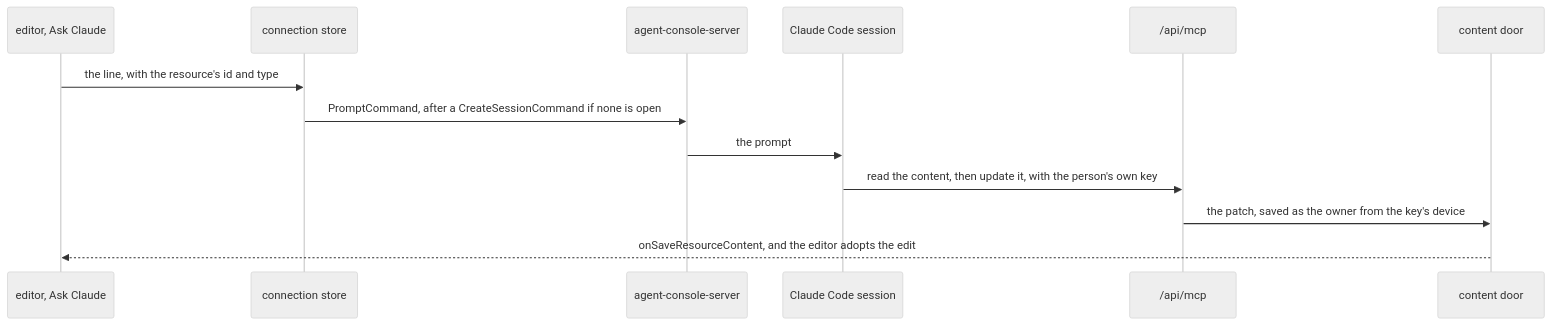
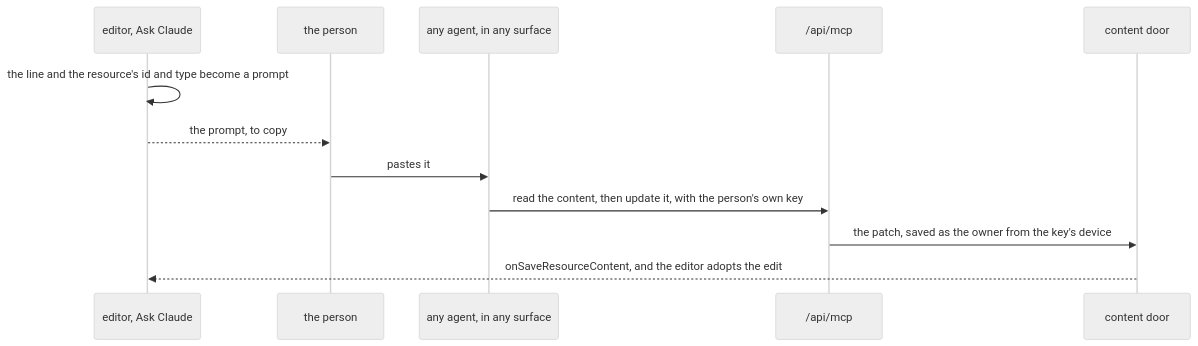
The diagram in openspec/specs/architecture/ai-native-resources/in-product-assistant/design.md (Esposter/Esposter), drawn with Mermaid (neutral theme) before and after one commit. The commit also changed other lines of this file and 245 other files, not shown here.

First line of the commit message:
docs: the agent console's specs, ideas and references removed, with a rejected record and the sidecar and Genshin style deferred

````diff
--- a/openspec/specs/architecture/ai-native-resources/in-product-assistant/design.md
+++ b/openspec/specs/architecture/ai-native-resources/in-product-assistant/design.md
@@ -9,15 +9,14 @@
 ```mermaid
 sequenceDiagram
   participant E as editor, Ask Claude
-  participant C as connection store
-  participant H as agent-console-server
-  participant S as Claude Code session
+  participant P as the person
+  participant A as any agent, in any surface
   participant M as /api/mcp
   participant D as content door
-  E->>C: the line, with the resource's id and type
-  C->>H: PromptCommand, after a CreateSessionCommand if none is open
-  H->>S: the prompt
-  S->>M: read the content, then update it, with the person's own key
+  E->>E: the line and the resource's id and type become a prompt
+  E-->>P: the prompt, to copy
+  P->>A: pastes it
+  A->>M: read the content, then update it, with the person's own key
   M->>D: the patch, saved as the owner from the key's device
   D-->>E: onSaveResourceContent, and the editor adopts the edit
 ```
````
